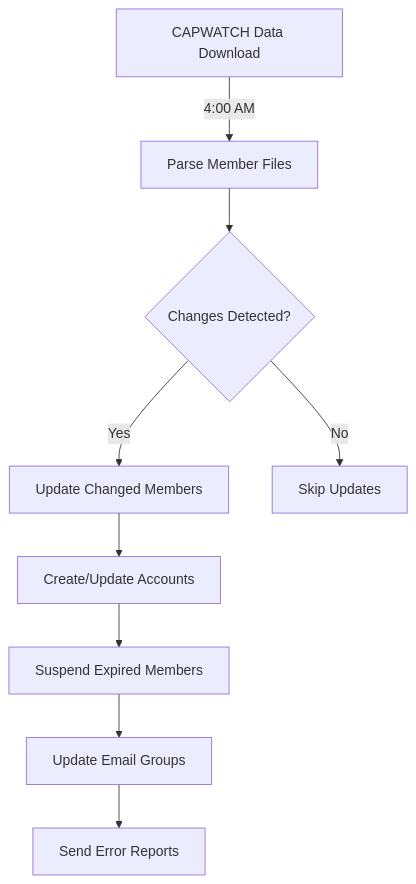
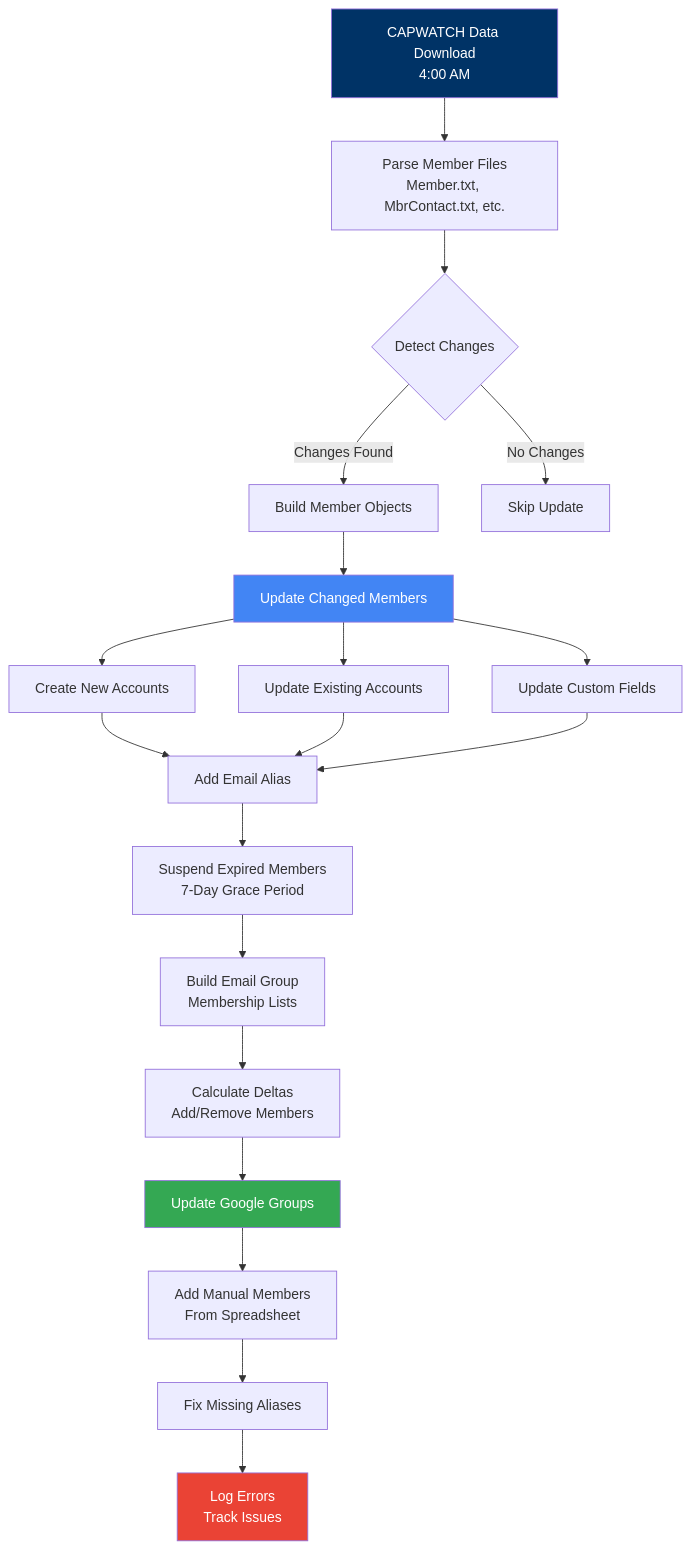
One commit to cap-miwg/gsuite-automation changed the second of 4 diagrams in src/accounts-and-groups/README.md. Above: the diagram before and after it, drawn with Mermaid. The commit also changed other lines of this file and 5 other files, not shown here.

````diff
--- a/src/accounts-and-groups/README.md
+++ b/src/accounts-and-groups/README.md
@@ -205,11 +163,38 @@
 ```mermaid
-graph TD
-    A[CAPWATCH Data Download] -->|4:00 AM| B[Parse Member Files]
-    B --> C{Changes Detected?}
-    C -->|Yes| D[Update Changed Members]
-    C -->|No| E[Skip Updates]
-    D --> F[Create/Update Accounts]
-    F --> G[Suspend Expired Members]
-    G --> H[Update Email Groups]
-    H --> I[Send Error Reports]
+flowchart TD
+    A[CAPWATCH Data Download<br/>4:00 AM] --> B[Parse Member Files<br/>Member.txt, MbrContact.txt, etc.]
+
+    B --> C{Detect Changes}
+
+    C -->|Changes Found| D[Build Member Objects]
+    C -->|No Changes| E[Skip Update]
+
+    D --> F[Update Changed Members]
+
+    F --> G[Create New Accounts]
+    F --> H[Update Existing Accounts]
+    F --> I[Update Custom Fields]
+
+    G --> J[Add Email Alias]
+    H --> J
+    I --> J
+
+    J --> K[Suspend Expired Members<br/>7-Day Grace Period]
+
+    K --> L[Build Email Group<br/>Membership Lists]
+
+    L --> M[Calculate Deltas<br/>Add/Remove Members]
+
+    M --> N[Update Google Groups]
+
+    N --> O[Add Manual Members<br/>From Spreadsheet]
+
+    O --> P[Fix Missing Aliases]
+
+    P --> Q[Log Errors<br/>Track Issues]
+
+    style A fill:#003366,color:#fff
+    style F fill:#4285F4,color:#fff
+    style N fill:#34A853,color:#fff
+    style Q fill:#EA4335,color:#fff
 ```
````
